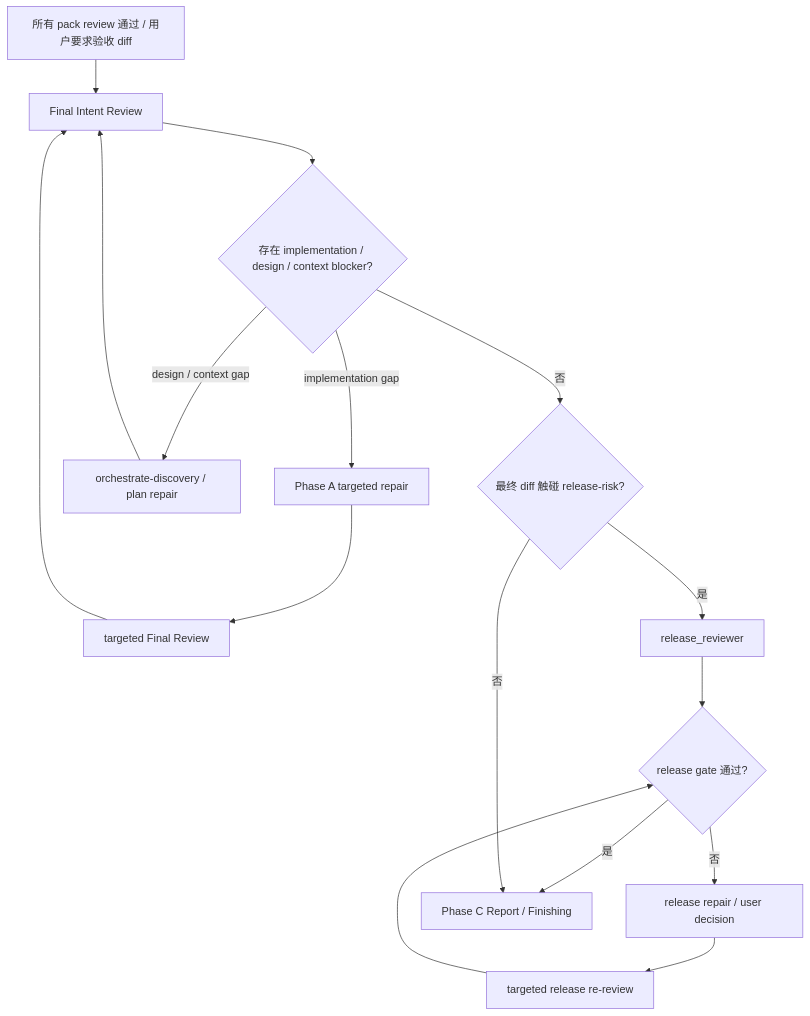
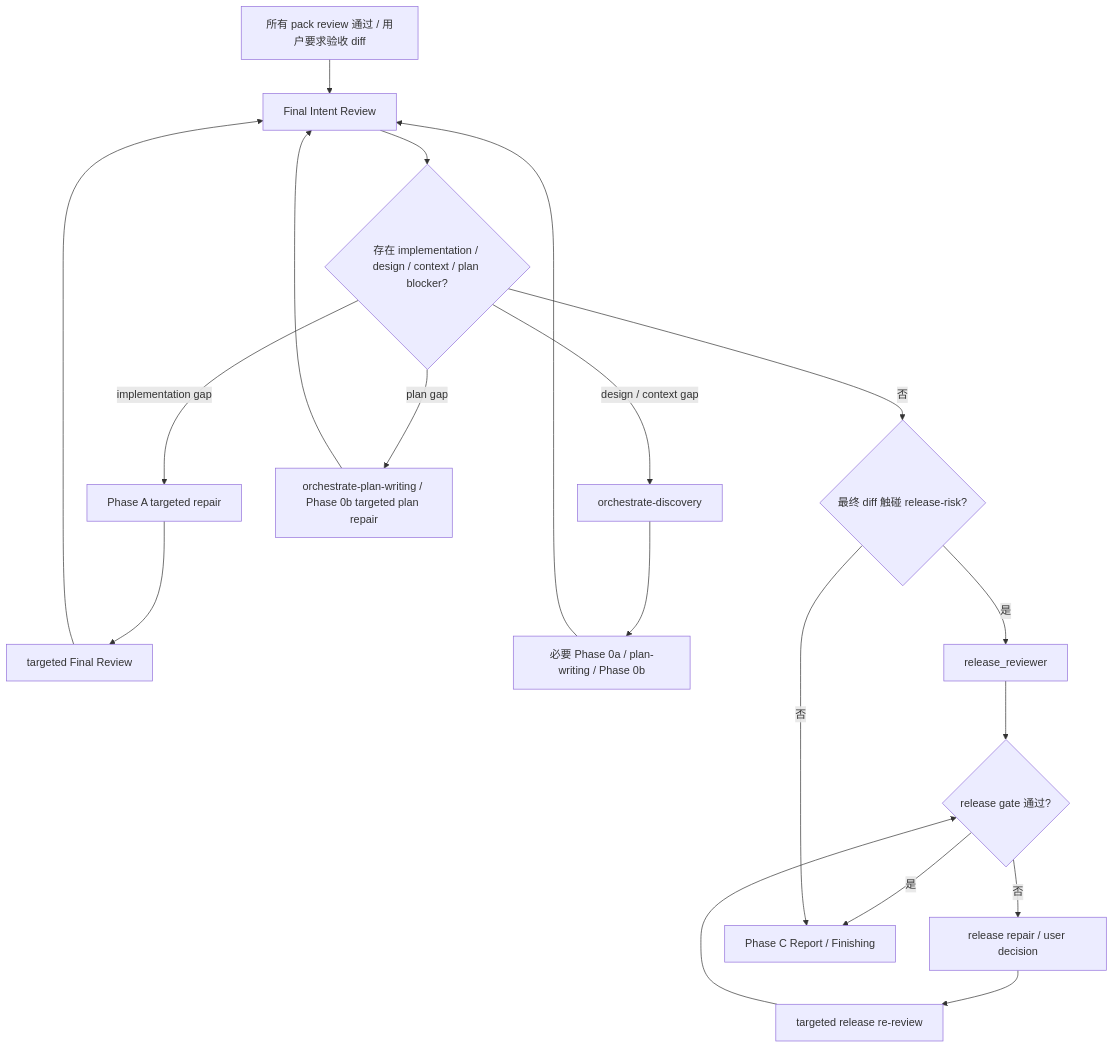
Before and after one commit to chancheuklap/multi-model-workflow: the diagram in .agents/skills/orchestrate-workflow/references/final-review.md, drawn with Mermaid. The commit also changed 7 other files, not shown here.

````diff
--- a/.agents/skills/orchestrate-workflow/references/final-review.md
+++ b/.agents/skills/orchestrate-workflow/references/final-review.md
@@ -29,18 +29,21 @@
 ```mermaid
 flowchart TD
     A["所有 pack review 通过 / 用户要求验收 diff"] --> B["Final Intent Review"]
-    B --> C{"存在 implementation / design / context blocker?"}
+    B --> C{"存在 implementation / design / context / plan blocker?"}
     C -->|implementation gap| D["Phase A targeted repair"]
     D --> E["targeted Final Review"]
     E --> B
-    C -->|design / context gap| F["orchestrate-discovery / plan repair"]
-    F --> B
+    C -->|design / context gap| F["orchestrate-discovery"]
+    F --> P["必要 Phase 0a / plan-writing / Phase 0b"]
+    P --> B
+    C -->|plan gap| Q["orchestrate-plan-writing / Phase 0b targeted plan repair"]
+    Q --> B
     C -->|否| G{"最终 diff 触碰 release-risk?"}
     G -->|是| H["release_reviewer"]
     H --> I{"release gate 通过?"}
     I -->|否| J["release repair / user decision"]
     J --> K["targeted release re-review"]
     K --> I
     I -->|是| L["Phase C Report / Finishing"]
     G -->|否| L
 ```
````
